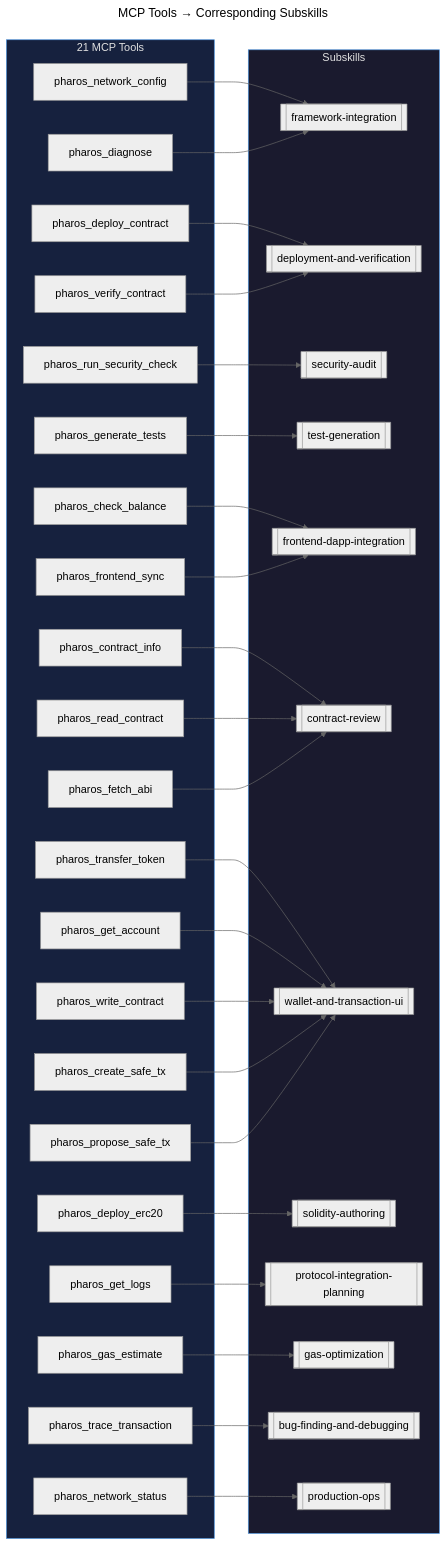
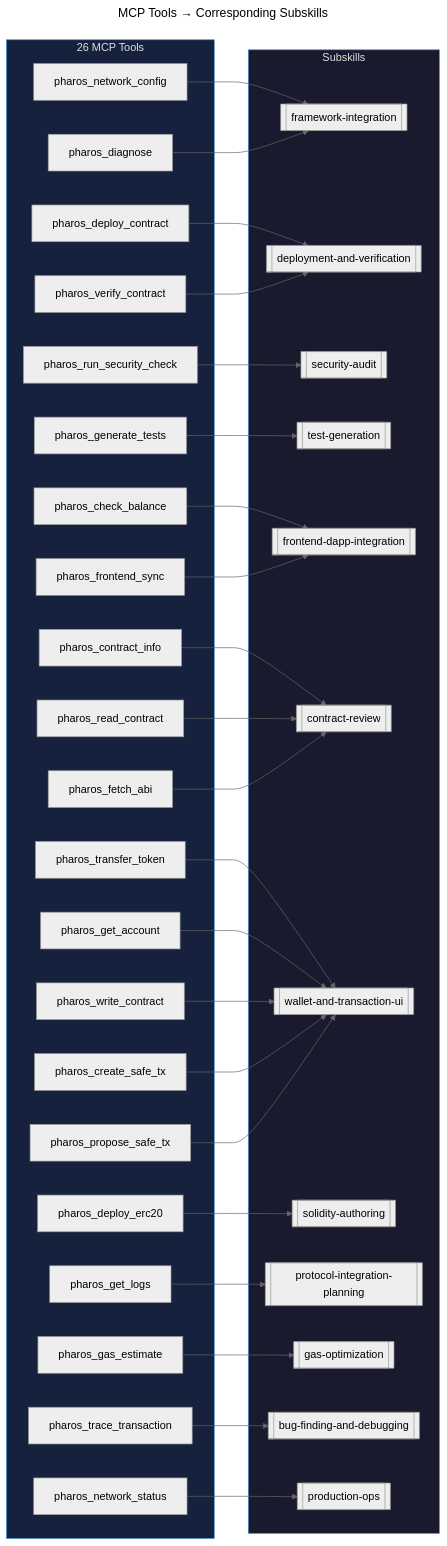
Before and after one commit to tejas0111/Pharos: the fourth of 5 diagrams in CASCADE.md, drawn with Mermaid (neutral theme). The commit also changed other lines of this file and 6 other files, not shown here.

````diff
--- a/CASCADE.md
+++ b/CASCADE.md
@@ -179,69 +179,69 @@
 ```mermaid
 ---
 title: MCP Tools → Corresponding Subskills
 ---
 flowchart LR
-    subgraph Tools["21 MCP Tools"]
+    subgraph Tools["26 MCP Tools"]
         T1[pharos_network_config]
         T2[pharos_deploy_contract]
         T3[pharos_verify_contract]
         T4[pharos_run_security_check]
         T5[pharos_generate_tests]
         T6[pharos_check_balance]
         T7[pharos_contract_info]
         T8[pharos_transfer_token]
         T9[pharos_deploy_erc20]
         T10[pharos_get_logs]
         T11[pharos_diagnose]
         T12[pharos_get_account]
         T13[pharos_gas_estimate]
         T14[pharos_trace_transaction]
         T15[pharos_network_status]
         T16[pharos_read_contract]
         T17[pharos_write_contract]
         T18[pharos_fetch_abi]
         T19[pharos_frontend_sync]
         T20[pharos_create_safe_tx]
         T21[pharos_propose_safe_tx]
     end
 
     subgraph Skills["Subskills"]
         S1[[framework-integration]]
         S2[[deployment-and-verification]]
         S3[[security-audit]]
         S4[[test-generation]]
         S5[[frontend-dapp-integration]]
         S6[[contract-review]]
         S7[[wallet-and-transaction-ui]]
         S8[[solidity-authoring]]
         S9[[protocol-integration-planning]]
         S10[[gas-optimization]]
         S11[[bug-finding-and-debugging]]
         S12[[production-ops]]
     end
 
     T1 --> S1
     T2 --> S2
     T3 --> S2
     T4 --> S3
     T5 --> S4
     T6 --> S5
     T7 --> S6
     T8 --> S7
     T9 --> S8
     T10 --> S9
     T11 --> S1
     T12 --> S7
     T13 --> S10
     T14 --> S11
     T15 --> S12
     T16 --> S6
     T17 --> S7
     T18 --> S6
     T19 --> S5
     T20 --> S7
     T21 --> S7
 
     style Tools fill:#16213e,color:#e0e0e0,stroke:#4a90d9
     style Skills fill:#1a1a2e,color:#e0e0e0,stroke:#4a90d9
 ```
````
